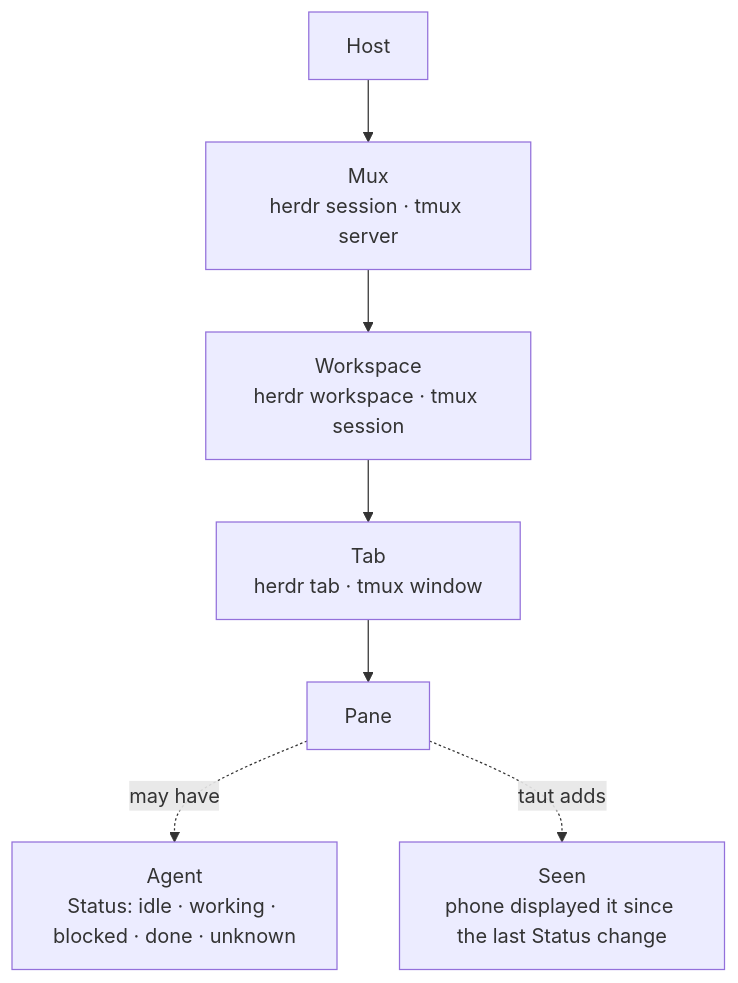
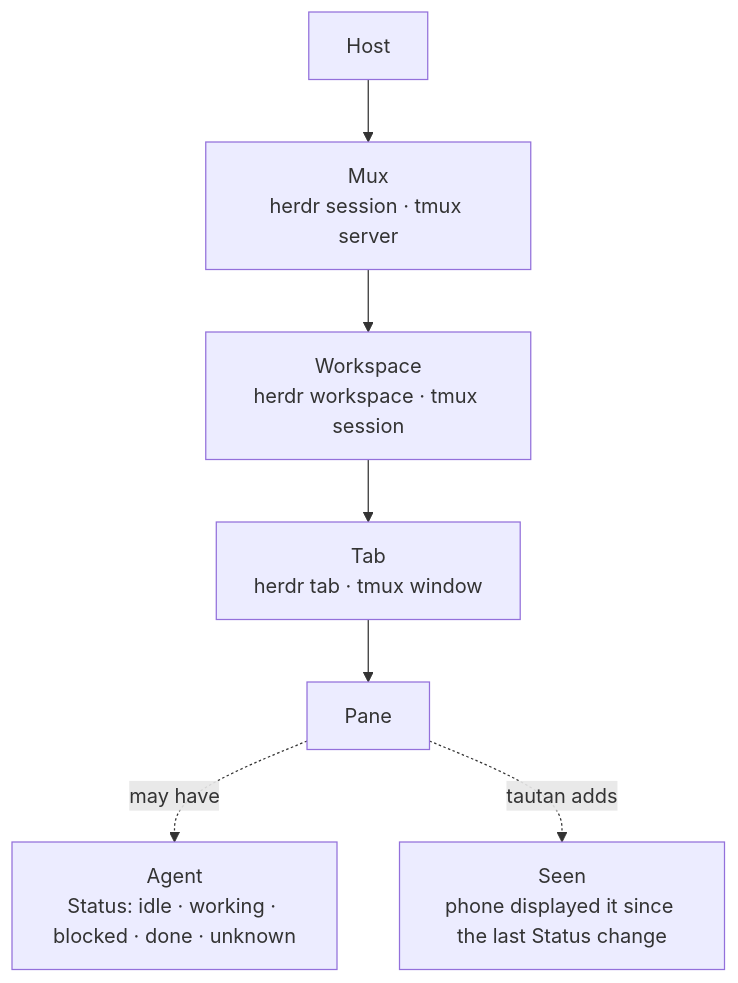
Before and after one commit to radityasurya/taut: the second of 5 diagrams in docs/ARCHITECTURE.md, drawn with Mermaid. The commit also changed other lines of this file and 58 other files, not shown here.

````diff
--- a/docs/ARCHITECTURE.md
+++ b/docs/ARCHITECTURE.md
@@ -43,9 +43,9 @@
 ```mermaid
 flowchart TB
     Host --> Mux["Mux<br/>herdr session · tmux server"]
     Mux --> Workspace["Workspace<br/>herdr workspace · tmux session"]
     Workspace --> Tab["Tab<br/>herdr tab · tmux window"]
     Tab --> Pane
     Pane -. "may have" .-> Agent["Agent<br/>Status: idle · working · blocked · done · unknown"]
-    Pane -. "taut adds" .-> Seen["Seen<br/>phone displayed it since the last Status change"]
+    Pane -. "tautan adds" .-> Seen["Seen<br/>phone displayed it since the last Status change"]
 ```
````
